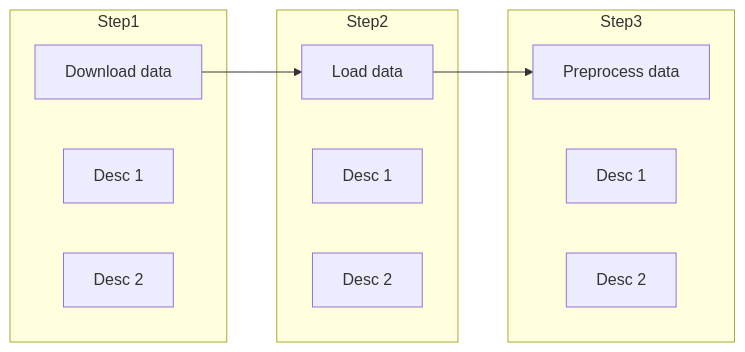
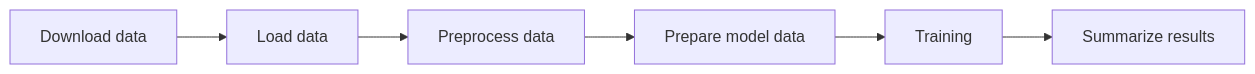
Before and after one commit to bohyunshin/recommender: the diagram in README.md, drawn with Mermaid.

Commit message:
chore: fix mermaid diagram

````diff
--- a/README.md
+++ b/README.md
@@ -91,23 +91,8 @@
 ```mermaid
 flowchart LR
     A[Download data] --> B[Load data]
     B --> C[Preprocess data]
-
-    subgraph Step1
-    A
-    desc1a[Desc 1]
-    desc1b[Desc 2]
-    end
-
-    subgraph Step2
-    B
-    desc2a[Desc 1]
-    desc2b[Desc 2]
-    end
-
-    subgraph Step3
-    C
-    desc3a[Desc 1]
-    desc3b[Desc 2]
-    end
+    C --> D[Prepare model data]
+    D --> E[Training]
+    E --> F[Summarize results]
 ```
````
